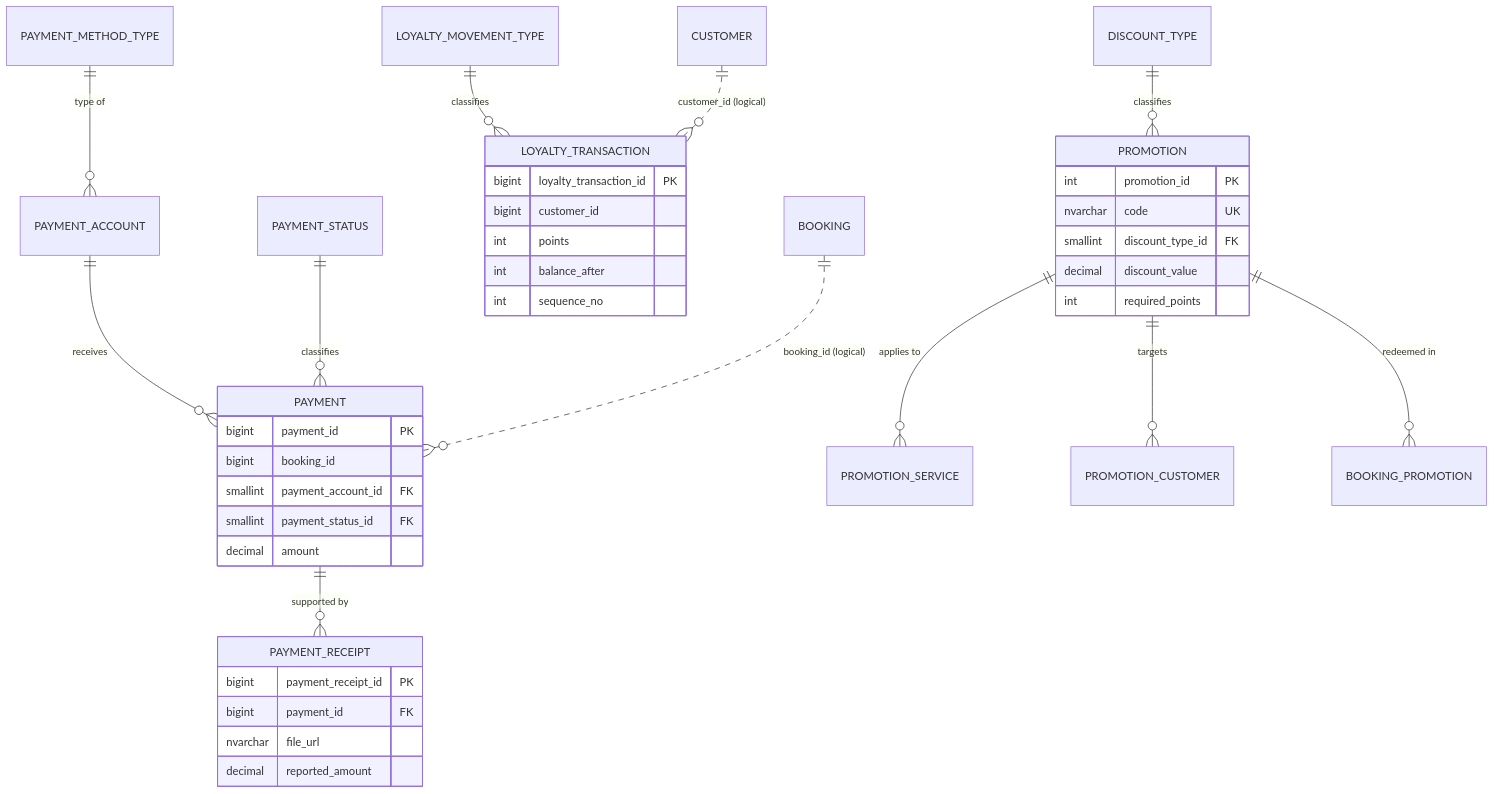
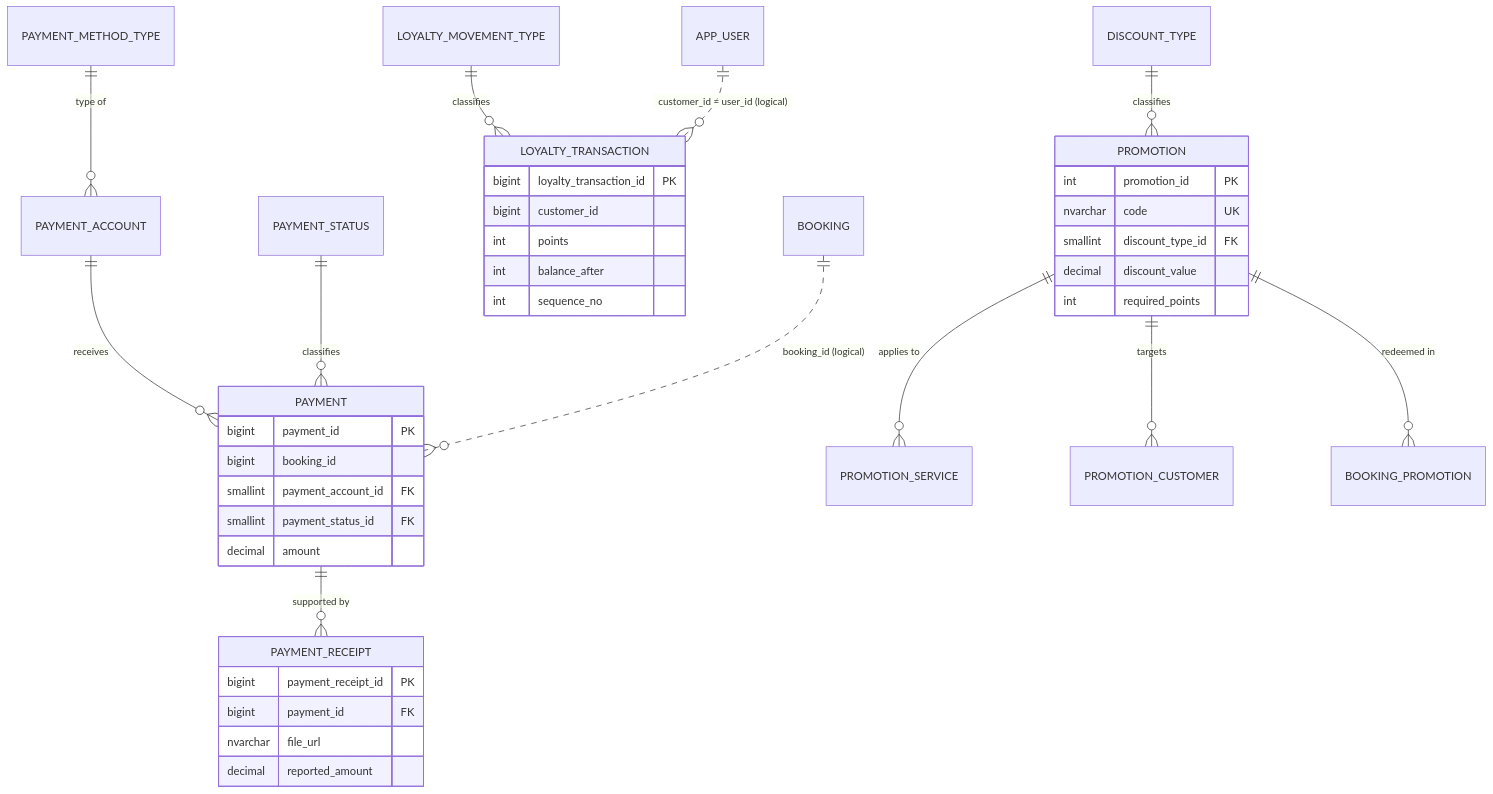
One commit to BrayanCABRERA123/lavarapido-docs changed the eighth of 19 diagrams in 04_DOCUMENTACION_DE_DISENO_DEL_SOFTWARE/EN/MD/software-design-documentation.md. Above: the diagram before and after it, drawn with Mermaid. The commit also changed other lines of this file and 7 other files, not shown here.

Commit message:
docs(design): correct the design against the code and list the ports under each figure (1.4)

````diff
--- a/04_DOCUMENTACION_DE_DISENO_DEL_SOFTWARE/EN/MD/software-design-documentation.md
+++ b/04_DOCUMENTACION_DE_DISENO_DEL_SOFTWARE/EN/MD/software-design-documentation.md
@@ -644,33 +668,33 @@
 ```mermaid
 erDiagram
   PAYMENT_METHOD_TYPE ||--o{ PAYMENT_ACCOUNT : "type of"
   PAYMENT_ACCOUNT ||--o{ PAYMENT : "receives"
   PAYMENT_STATUS ||--o{ PAYMENT : "classifies"
   PAYMENT ||--o{ PAYMENT_RECEIPT : "supported by"
   LOYALTY_MOVEMENT_TYPE ||--o{ LOYALTY_TRANSACTION : "classifies"
   DISCOUNT_TYPE ||--o{ PROMOTION : "classifies"
   PROMOTION ||--o{ PROMOTION_SERVICE : "applies to"
   PROMOTION ||--o{ PROMOTION_CUSTOMER : "targets"
   PROMOTION ||--o{ BOOKING_PROMOTION : "redeemed in"
   BOOKING ||..o{ PAYMENT : "booking_id (logical)"
-  CUSTOMER ||..o{ LOYALTY_TRANSACTION : "customer_id (logical)"
+  APP_USER ||..o{ LOYALTY_TRANSACTION : "customer_id = user_id (logical)"
   PAYMENT { bigint payment_id PK
     bigint booking_id
     smallint payment_account_id FK
     smallint payment_status_id FK
     decimal amount }
   PAYMENT_RECEIPT { bigint payment_receipt_id PK
     bigint payment_id FK
     nvarchar file_url
     decimal reported_amount }
   LOYALTY_TRANSACTION { bigint loyalty_transaction_id PK
     bigint customer_id
     int points
     int balance_after
     int sequence_no }
   PROMOTION { int promotion_id PK
     nvarchar code UK
     smallint discount_type_id FK
     decimal discount_value
     int required_points }
 ```
````
